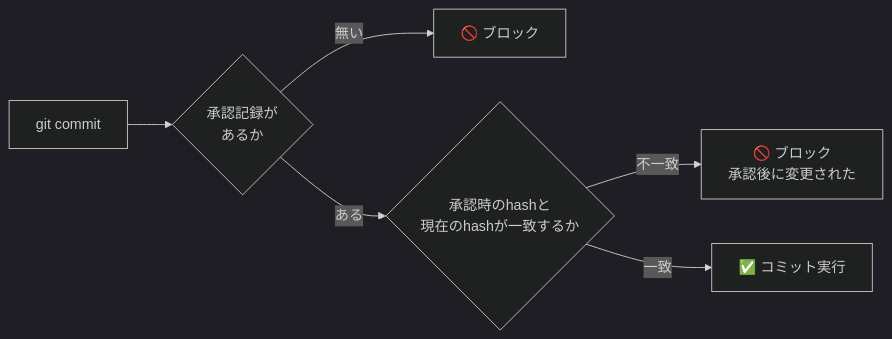
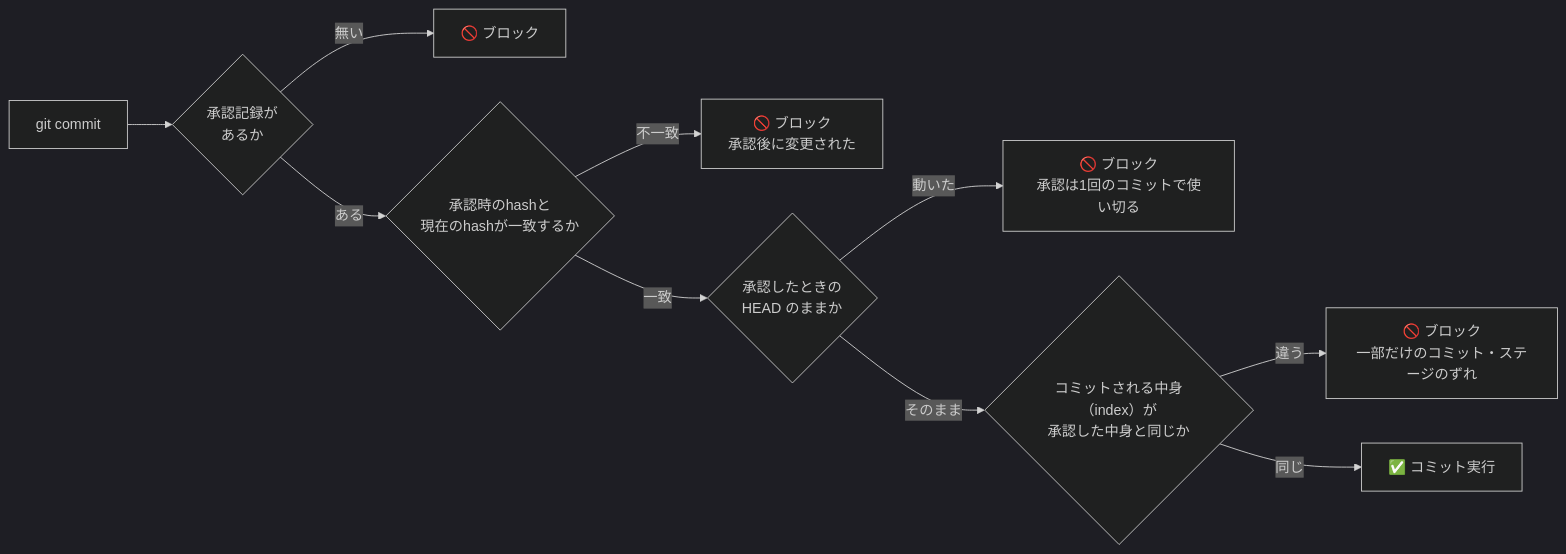
One commit to Harurow/chrome.ext.silent-tab changed the second of 2 diagrams in docs/WORKFLOW.md. Above: the diagram before and after it, drawn with Mermaid (dark theme). The commit also changed other lines of this file and 9 other files, not shown here.

````diff
--- a/docs/WORKFLOW.md
+++ b/docs/WORKFLOW.md
@@ -105,8 +105,12 @@
 ```mermaid
 flowchart LR
     A["git commit"] --> B{"承認記録が<br/>あるか"}
     B -->|"無い"| X1["🚫 ブロック"]
     B -->|"ある"| C{"承認時のhashと<br/>現在のhashが一致するか"}
     C -->|"不一致"| X2["🚫 ブロック<br/>承認後に変更された"]
-    C -->|"一致"| OK["✅ コミット実行"]
+    C -->|"一致"| H{"承認したときの<br/>HEAD のままか"}
+    H -->|"動いた"| X3["🚫 ブロック<br/>承認は1回のコミットで使い切る"]
+    H -->|"そのまま"| D{"コミットされる中身（index）が<br/>承認した中身と同じか"}
+    D -->|"違う"| X4["🚫 ブロック<br/>一部だけのコミット・ステージのずれ"]
+    D -->|"同じ"| OK["✅ コミット実行"]
 ```
````
